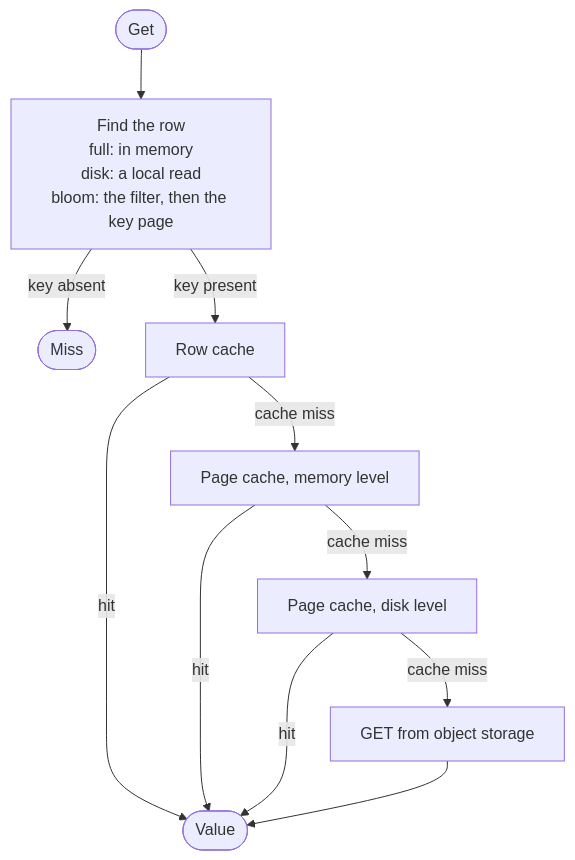
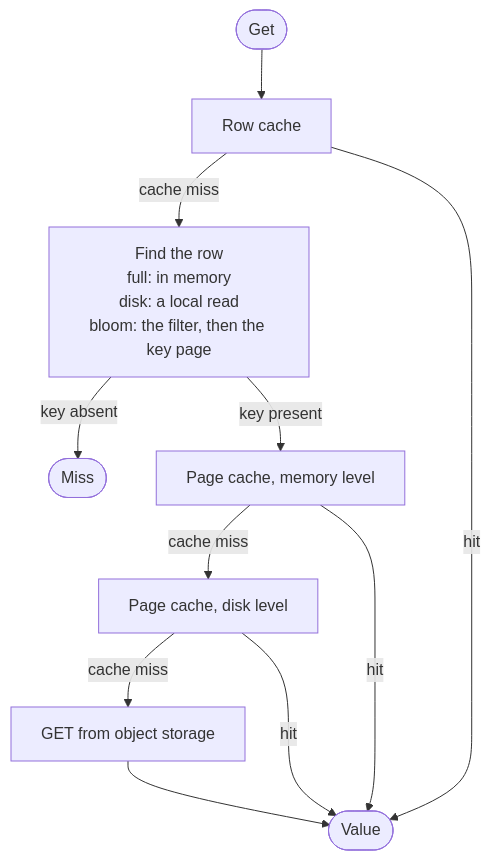
The diagram in README.md (ZipRecruiter/icetray), drawn with Mermaid before and after one commit. The commit also changed other lines of this file and 20 other files, not shown here.

````diff
--- a/README.md
+++ b/README.md
@@ -213,13 +213,13 @@
 ```mermaid
 flowchart TB
-    get([Get]) --> find["Find the row<br/>full: in memory<br/>disk: a local read<br/>bloom: the filter, then the key page"]
+    get([Get]) --> row[Row cache]
+    row -- cache miss --> find["Find the row<br/>full: in memory<br/>disk: a local read<br/>bloom: the filter, then the key page"]
     find -- key absent --> miss([Miss])
-    find -- key present --> row[Row cache]
-    row -- cache miss --> mem[Page cache, memory level]
+    find -- key present --> mem[Page cache, memory level]
     mem -- cache miss --> disk[Page cache, disk level]
     disk -- cache miss --> s3[GET from object storage]
     row -- hit --> done([Value])
     mem -- hit --> done
     disk -- hit --> done
     s3 --> done
 ```
````
